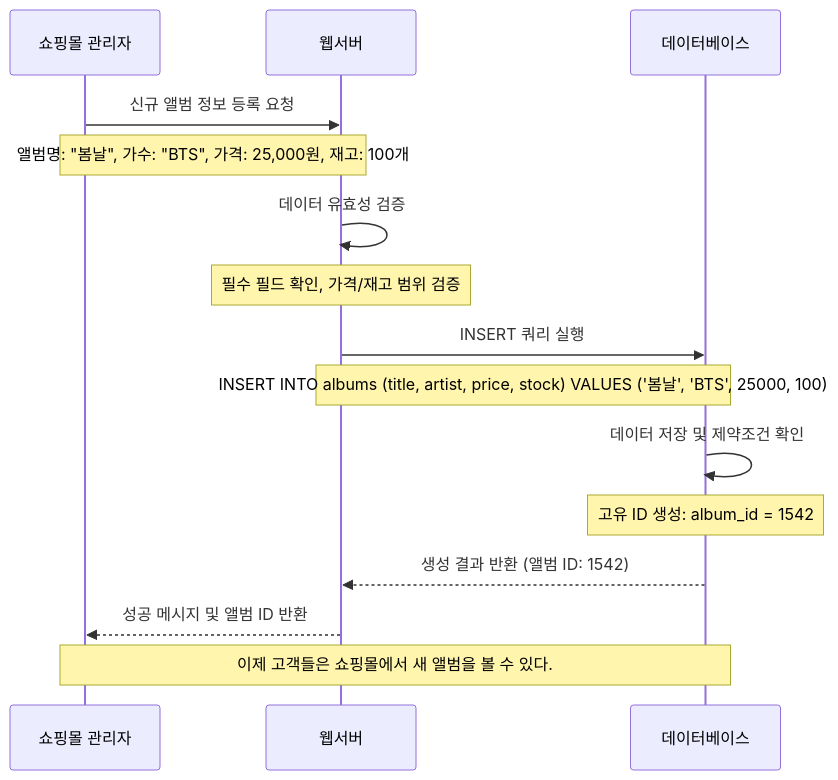
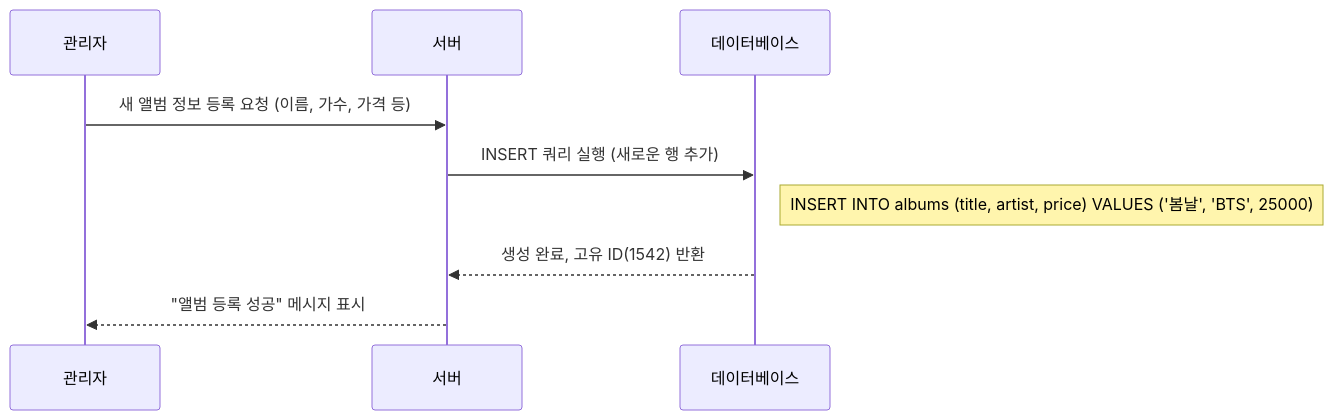
One commit to hanaoverride/data-scientist-cookbook-for-korean changed the first of 5 diagrams in Chapter I. 기반지식 학습/1. 기초 CS 이론/1. IT 리터러시/3. 데이터베이스와 REST API.md. Above: the diagram before and after it, drawn with Mermaid. The commit also changed other lines of this file and 132 other files, not shown here.

````diff
--- a/Chapter I. 기반지식 학습/1. 기초 CS 이론/1. IT 리터러시/3. 데이터베이스와 REST API.md
+++ b/Chapter I. 기반지식 학습/1. 기초 CS 이론/1. IT 리터러시/3. 데이터베이스와 REST API.md
@@ -74,23 +54,12 @@
 ```mermaid
 sequenceDiagram
-    participant A as 쇼핑몰 관리자
-    participant S as 웹서버
+    participant Admin as 관리자
+    participant Server as 서버
     participant DB as 데이터베이스
     
-    A->>S: 신규 앨범 정보 등록 요청
-    Note over A,S: 앨범명: "봄날", 가수: "BTS", 가격: 25,000원, 재고: 100개
-    
-    S->>S: 데이터 유효성 검증
-    Note over S: 필수 필드 확인, 가격/재고 범위 검증
-    
-    S->>DB: INSERT 쿼리 실행
-    Note over S,DB: INSERT INTO albums (title, artist, price, stock) VALUES ('봄날', 'BTS', 25000, 100)
-    
-    DB->>DB: 데이터 저장 및 제약조건 확인
-    Note over DB: 고유 ID 생성: album_id = 1542
-    
-    DB-->>S: 생성 결과 반환 (앨범 ID: 1542)
-    S-->>A: 성공 메시지 및 앨범 ID 반환
-    
-    Note over A,DB: 이제 고객들은 쇼핑몰에서 새 앨범을 볼 수 있다.
+    Admin->>Server: 새 앨범 정보 등록 요청 (이름, 가수, 가격 등)
+    Server->>DB: INSERT 쿼리 실행 (새로운 행 추가)
+    Note right of DB: INSERT INTO albums (title, artist, price) VALUES ('봄날', 'BTS', 25000);
+    DB-->>Server: 생성 완료, 고유 ID(1542) 반환
+    Server-->>Admin: "앨범 등록 성공" 메시지 표시
 ```
````
